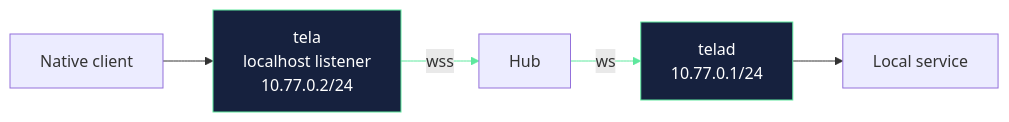
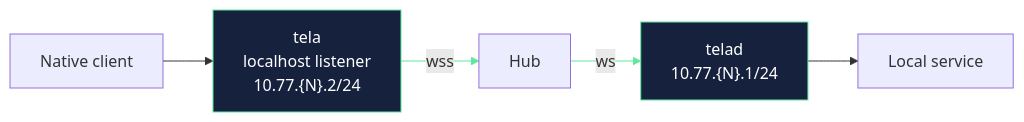
One commit to paulmooreparks/tela changed the diagram in IMPLEMENTATION.md. Above: the diagram before and after it, drawn with Mermaid. The commit also changed other lines of this file and 6 other files, not shown here.

````diff
--- a/IMPLEMENTATION.md
+++ b/IMPLEMENTATION.md
@@ -35,13 +35,13 @@
 ```mermaid
 flowchart LR
-  NC["Native client"] --> T["tela\nlocalhost listener\n10.77.0.2/24"]
+  NC["Native client"] --> T["tela\nlocalhost listener\n10.77.{N}.2/24"]
   T -->|wss| Hub
-  Hub -->|ws| TD["telad\n10.77.0.1/24"]
+  Hub -->|ws| TD["telad\n10.77.{N}.1/24"]
   TD --> LS["Local service"]
 
   linkStyle 1 stroke:#5ee89e
   linkStyle 2 stroke:#5ee89e
 
   style T fill:#16213e,stroke:#5ee89e,color:#fff
   style TD fill:#16213e,stroke:#5ee89e,color:#fff
 ```
````
